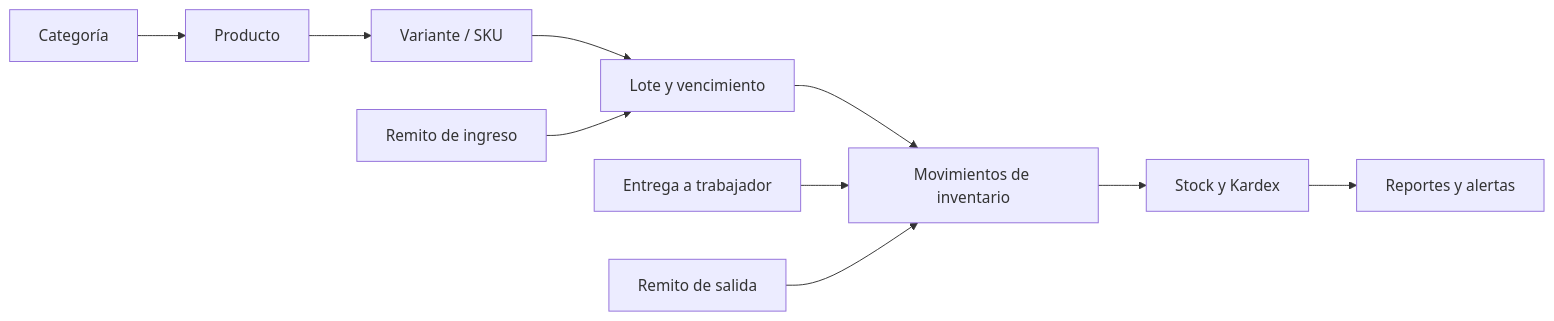
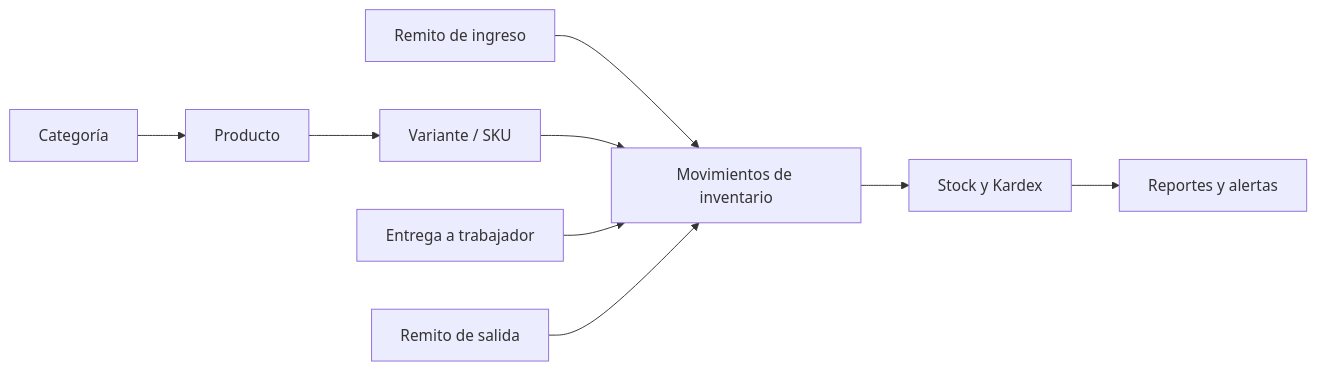
The fifth of 5 diagrams in docs/diagrama-relacional-base-datos.md (jcsempertegui/confipetrol2), drawn with Mermaid before and after one commit. The commit also changed other lines of this file and 55 other files, not shown here.

````diff
--- a/docs/diagrama-relacional-base-datos.md
+++ b/docs/diagrama-relacional-base-datos.md
@@ -466,12 +432,11 @@
 ```mermaid
 flowchart LR
     C[Categoría] --> P[Producto]
     P --> V[Variante / SKU]
-    V --> L[Lote y vencimiento]
-    R[Remito de ingreso] --> L
-    L --> M[Movimientos de inventario]
+    R[Remito de ingreso] --> M[Movimientos de inventario]
+    V --> M
     E[Entrega a trabajador] --> M
     S[Remito de salida] --> M
     M --> K[Stock y Kardex]
     K --> REP[Reportes y alertas]
 ```
````
